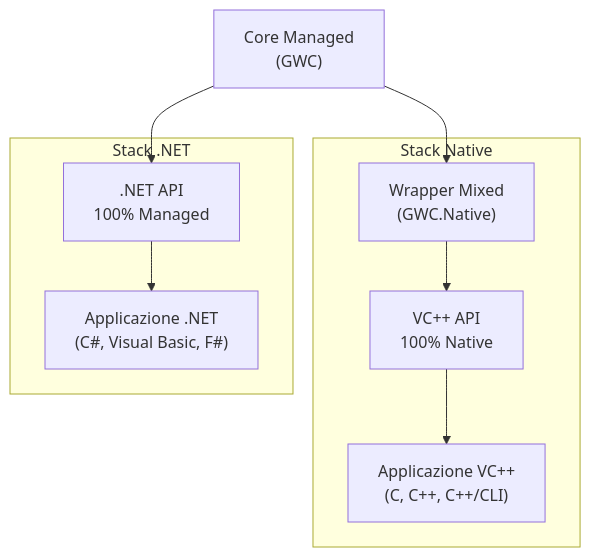
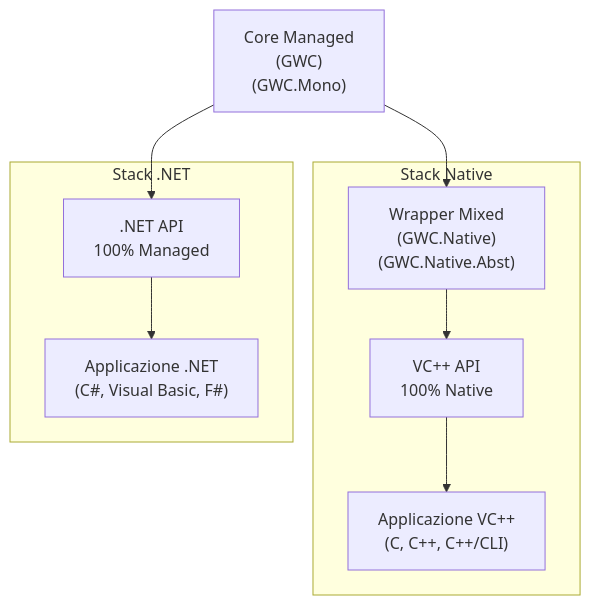
The diagram in README.md (reallukee/gwc), drawn with Mermaid before and after one commit. The commit also changed other lines of this file and 9 other files, not shown here.

````diff
--- a/README.md
+++ b/README.md
@@ -27,27 +27,27 @@
 ```mermaid
 graph TD
-  Core["Core Managed<br />(GWC)"]
+  Core["Core Managed<br />(GWC)<br />(GWC.Mono)"]
 
   subgraph Stack.Native["Stack Native"]
-    Native["Wrapper Mixed<br />(GWC.Native)"]
+    Native["Wrapper Mixed<br />(GWC.Native)<br />(GWC.Native.Abst)"]
 
     VC++.API["VC++ API<br />100% Native"]
 
     VC++.App["Applicazione VC++<br />(C, C++, C++/CLI)"]
 
     Native --> VC++.API
 
     VC++.API --> VC++.App
   end
 
   subgraph Stack..NET["Stack .NET"]
     .NET.API[".NET API<br />100% Managed"]
 
     .NET.App["Applicazione .NET<br />(C#, Visual Basic, F#)"]
 
     .NET.API --> .NET.App
   end
 
   Core --> Native
   Core --> .NET.API
 ```
````
